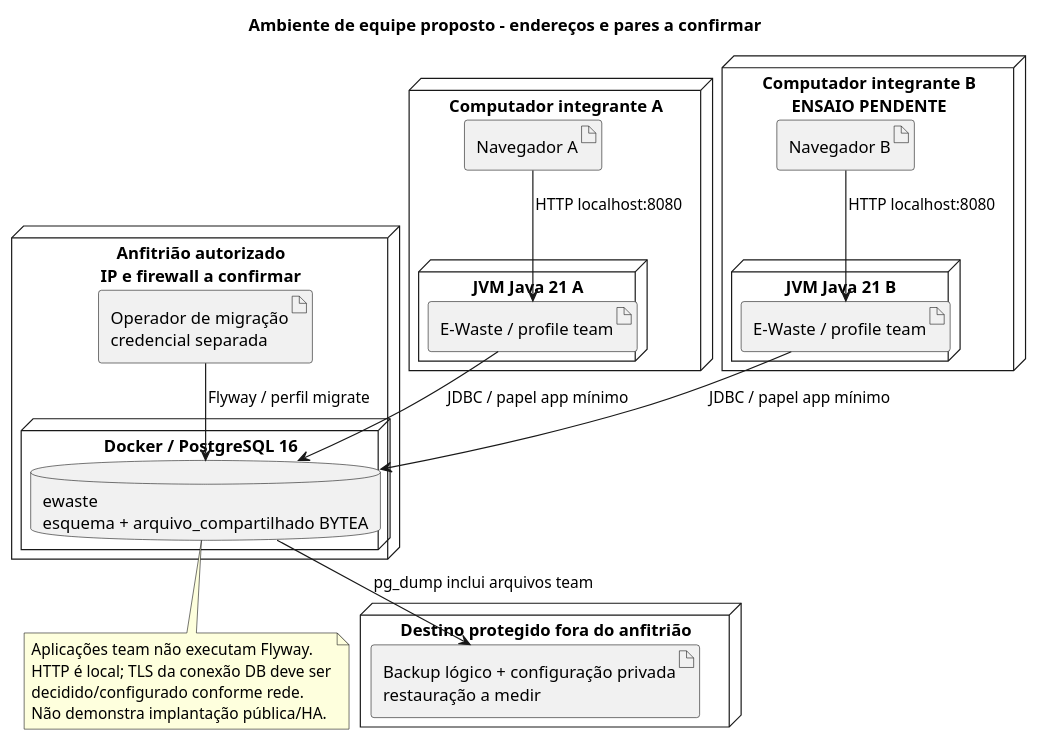
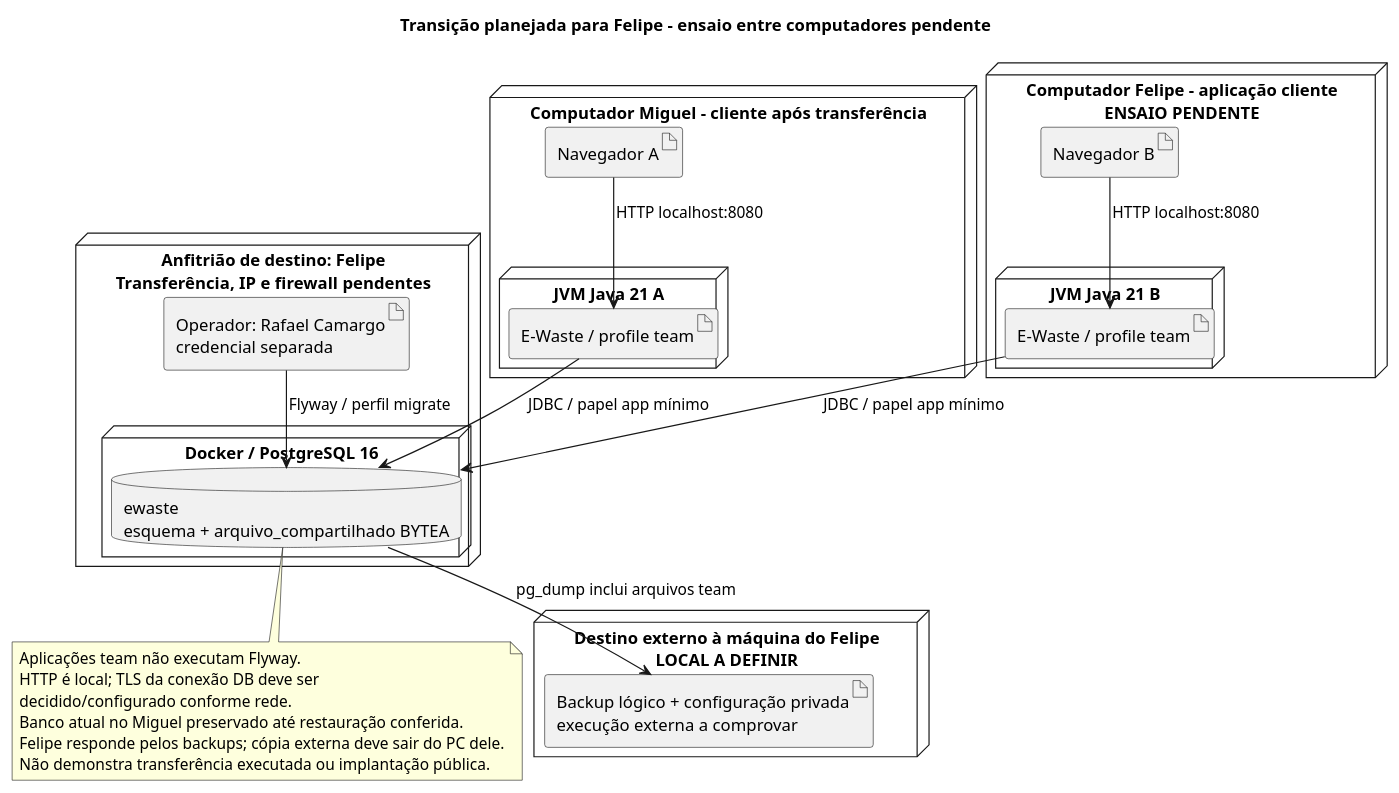
One commit to mmsxdev/plataforma-ewaste changed the diagram in docs/uml/implantacao.puml. Above: the diagram before and after it, drawn with PlantUML. The commit also changed 32 other files, not shown here.

```diff
--- a/docs/uml/implantacao.puml
+++ b/docs/uml/implantacao.puml
@@ -1,37 +1,39 @@
 @startuml
 !pragma layout smetana
-title Ambiente de equipe proposto - endereços e pares a confirmar
-node "Computador integrante A" as A {
+title Transição planejada para Felipe - ensaio entre computadores pendente
+node "Computador Miguel - cliente após transferência" as A {
   artifact "Navegador A" as BA
   node "JVM Java 21 A" {
     artifact "E-Waste / profile team" as AppA
   }
 }
-node "Computador integrante B\nENSAIO PENDENTE" as B {
+node "Computador Felipe - aplicação cliente\nENSAIO PENDENTE" as B {
   artifact "Navegador B" as BB
   node "JVM Java 21 B" {
     artifact "E-Waste / profile team" as AppB
   }
 }
-node "Anfitrião autorizado\nIP e firewall a confirmar" as Host {
+node "Anfitrião de destino: Felipe\nTransferência, IP e firewall pendentes" as Host {
   node "Docker / PostgreSQL 16" {
     database "ewaste\nesquema + arquivo_compartilhado BYTEA" as Banco
   }
-  artifact "Operador de migração\ncredencial separada" as Op
+  artifact "Operador: Rafael Camargo\ncredencial separada" as Op
 }
-node "Destino protegido fora do anfitrião" {
-  artifact "Backup lógico + configuração privada\nrestauração a medir" as Backup
+node "Destino externo à máquina do Felipe\nLOCAL A DEFINIR" {
+  artifact "Backup lógico + configuração privada\nexecução externa a comprovar" as Backup
 }
 BA --> AppA : HTTP localhost:8080
 BB --> AppB : HTTP localhost:8080
 AppA --> Banco : JDBC / papel app mínimo
 AppB --> Banco : JDBC / papel app mínimo
 Op --> Banco : Flyway / perfil migrate
 Banco --> Backup : pg_dump inclui arquivos team
 note bottom of Banco
 Aplicações team não executam Flyway.
 HTTP é local; TLS da conexão DB deve ser
 decidido/configurado conforme rede.
-Não demonstra implantação pública/HA.
+Banco atual no Miguel preservado até restauração conferida.
+Felipe responde pelos backups; cópia externa deve sair do PC dele.
+Não demonstra transferência executada ou implantação pública.
 end note
 @enduml
```
